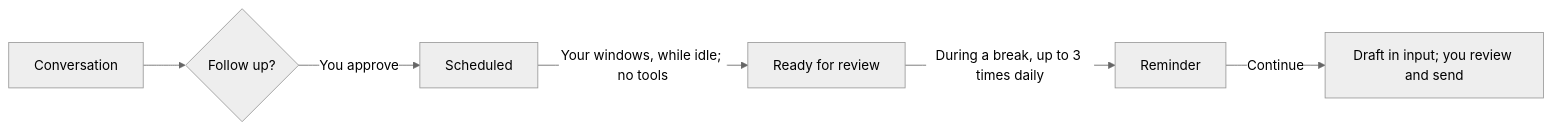
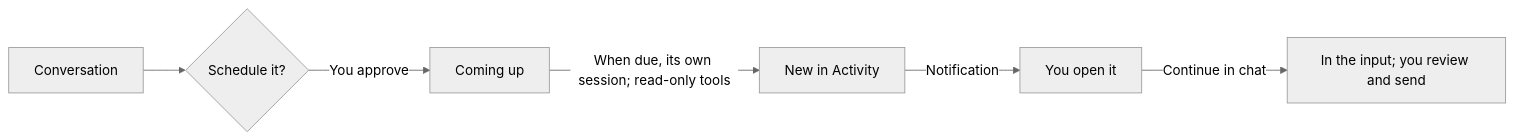
The diagram in README.md (JNS0724/Viva), drawn with Mermaid (neutral theme) before and after one commit. The commit also changed other lines of this file and 106 other files, not shown here.

First line of the commit message:
wip(schedule 5): the follow-ups go; schedules and 动态 are the one way

````diff
--- a/README.md
+++ b/README.md
@@ -85,8 +77,8 @@
 ```mermaid
 flowchart LR
-  A["Conversation"] --> P{"Follow up?"}
-  P -->|You approve| S["Scheduled"]
-  S -->|Your windows, while idle; no tools| R["Ready for review"]
-  R -->|During a break, up to 3 times daily| N["Reminder"]
-  N -->|Continue| C["Draft in input; you review and send"]
+  A["Conversation"] --> P{"Schedule it?"}
+  P -->|You approve| S["Coming up"]
+  S -->|When due, its own session; read-only tools| R["New in Activity"]
+  R -->|Notification| N["You open it"]
+  N -->|Continue in chat| C["In the input; you review and send"]
 ```
````
